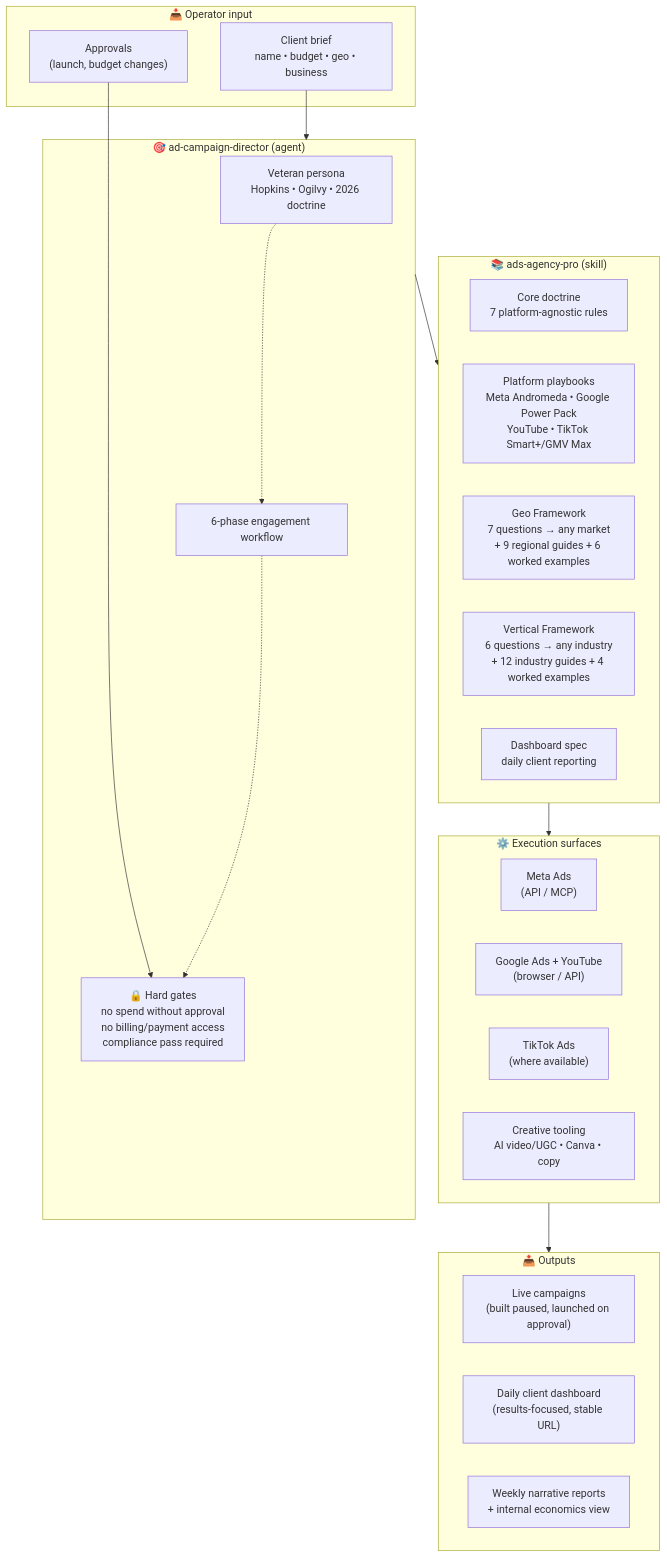
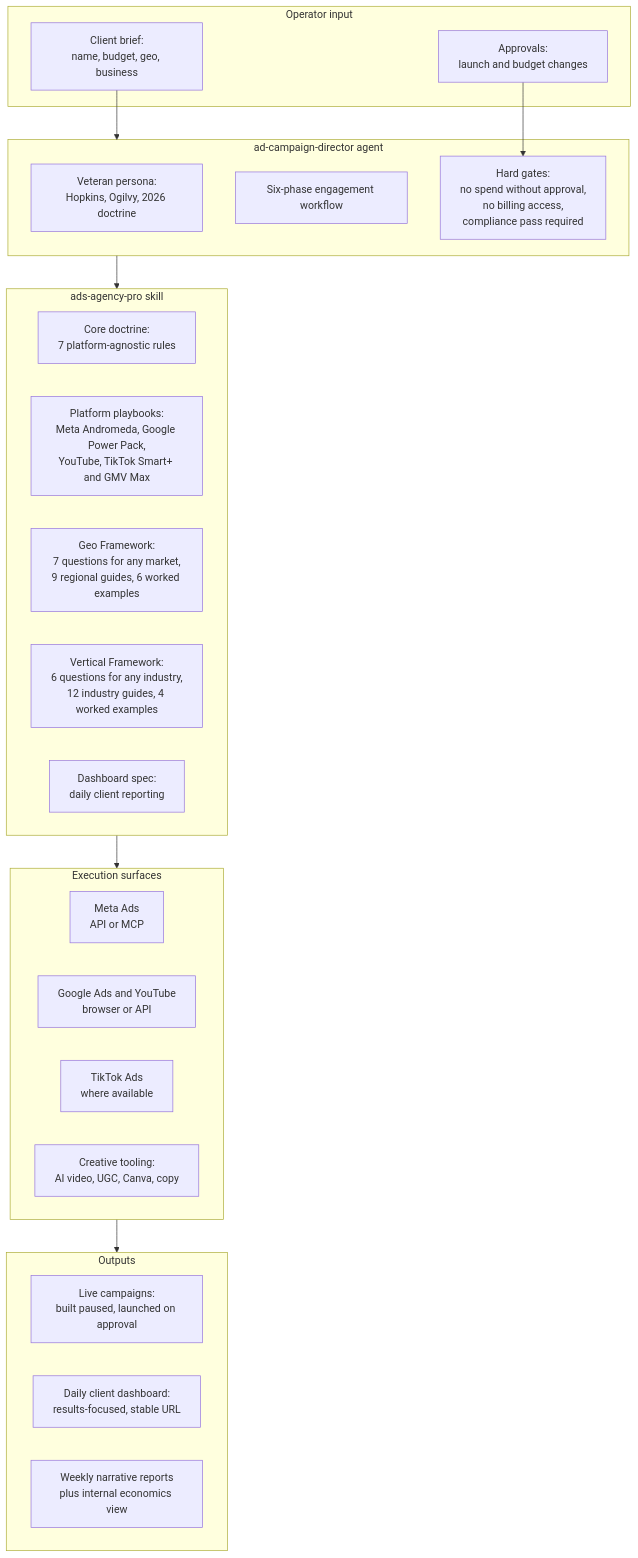
The first of 2 diagrams in README.md (rghrmkr1993/ad-campaign-skills), drawn with Mermaid before and after one commit. The commit also changed other lines of this file and 1 other file, not shown here.

Commit message:
Fix mermaid diagrams: simplify labels for GitHub renderer

````diff
--- a/README.md
+++ b/README.md
@@ -21,41 +21,40 @@
 ```mermaid
 flowchart TB
-    subgraph INPUT["📥 Operator input"]
-        BRIEF["Client brief<br/>name • budget • geo • business"]
-        APPROVE["Approvals<br/>(launch, budget changes)"]
+    subgraph INPUT["Operator input"]
+        BRIEF["Client brief:<br/>name, budget, geo, business"]
+        APPROVE["Approvals:<br/>launch and budget changes"]
     end
 
-    subgraph AGENT["🎯 ad-campaign-director (agent)"]
-        PERSONA["Veteran persona<br/>Hopkins • Ogilvy • 2026 doctrine"]
-        WORKFLOW["6-phase engagement workflow"]
-        GATES["🔒 Hard gates<br/>no spend without approval<br/>no billing/payment access<br/>compliance pass required"]
+    subgraph AGENT["ad-campaign-director agent"]
+        PERSONA["Veteran persona:<br/>Hopkins, Ogilvy, 2026 doctrine"]
+        WORKFLOW["Six-phase engagement workflow"]
+        GATES["Hard gates:<br/>no spend without approval,<br/>no billing access,<br/>compliance pass required"]
     end
 
-    subgraph SKILL["📚 ads-agency-pro (skill)"]
-        DOCTRINE["Core doctrine<br/>7 platform-agnostic rules"]
-        PLATFORMS["Platform playbooks<br/>Meta Andromeda • Google Power Pack<br/>YouTube • TikTok Smart+/GMV Max"]
-        GEO["Geo Framework<br/>7 questions → any market<br/>+ 9 regional guides + 6 worked examples"]
-        VERTICAL["Vertical Framework<br/>6 questions → any industry<br/>+ 12 industry guides + 4 worked examples"]
-        DASH["Dashboard spec<br/>daily client reporting"]
+    subgraph SKILL["ads-agency-pro skill"]
+        DOCTRINE["Core doctrine:<br/>7 platform-agnostic rules"]
+        PLATFORMS["Platform playbooks:<br/>Meta Andromeda, Google Power Pack,<br/>YouTube, TikTok Smart+ and GMV Max"]
+        GEO["Geo Framework:<br/>7 questions for any market,<br/>9 regional guides, 6 worked examples"]
+        VERTICAL["Vertical Framework:<br/>6 questions for any industry,<br/>12 industry guides, 4 worked examples"]
+        DASH["Dashboard spec:<br/>daily client reporting"]
     end
 
-    subgraph EXEC["⚙️ Execution surfaces"]
-        META["Meta Ads<br/>(API / MCP)"]
-        GOOGLE["Google Ads + YouTube<br/>(browser / API)"]
-        TIKTOK["TikTok Ads<br/>(where available)"]
-        CREATIVE["Creative tooling<br/>AI video/UGC • Canva • copy"]
+    subgraph EXEC["Execution surfaces"]
+        META["Meta Ads<br/>API or MCP"]
+        GOOGLE["Google Ads and YouTube<br/>browser or API"]
+        TIKTOK["TikTok Ads<br/>where available"]
+        CREATIVE["Creative tooling:<br/>AI video, UGC, Canva, copy"]
     end
 
-    subgraph OUT["📤 Outputs"]
-        CAMPAIGNS["Live campaigns<br/>(built paused, launched on approval)"]
-        DASHBOARD["Daily client dashboard<br/>(results-focused, stable URL)"]
-        REPORTS["Weekly narrative reports<br/>+ internal economics view"]
+    subgraph OUT["Outputs"]
+        CAMPAIGNS["Live campaigns:<br/>built paused, launched on approval"]
+        DASHBOARD["Daily client dashboard:<br/>results-focused, stable URL"]
+        REPORTS["Weekly narrative reports<br/>plus internal economics view"]
     end
 
     BRIEF --> AGENT
     APPROVE --> GATES
     AGENT --> SKILL
     SKILL --> EXEC
     EXEC --> OUT
-    PERSONA -.-> WORKFLOW -.-> GATES
 ```
````
